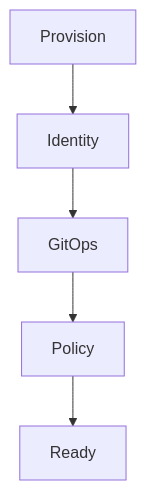
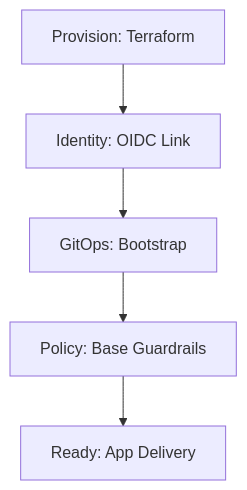
One commit to Devopstrio/hybrid-kubernetes-pattern changed the fourth of 30 diagrams in README.md. Above: the diagram before and after it, drawn with Mermaid. The commit also changed other lines of this file, not shown here.

Commit message:
docs: finalize premium institutional-grade README with 30+ diagrams and executive summary

````diff
--- a/README.md
+++ b/README.md
@@ -61,7 +98,7 @@
 ```mermaid
 graph TD
-    S[Provision] --> I[Identity]
-    I --> G[GitOps]
-    G --> P[Policy]
-    P --> R[Ready]
+    S[Provision: Terraform] --> I[Identity: OIDC Link]
+    I --> G[GitOps: Bootstrap]
+    G --> P[Policy: Base Guardrails]
+    P --> R[Ready: App Delivery]
 ```
````
